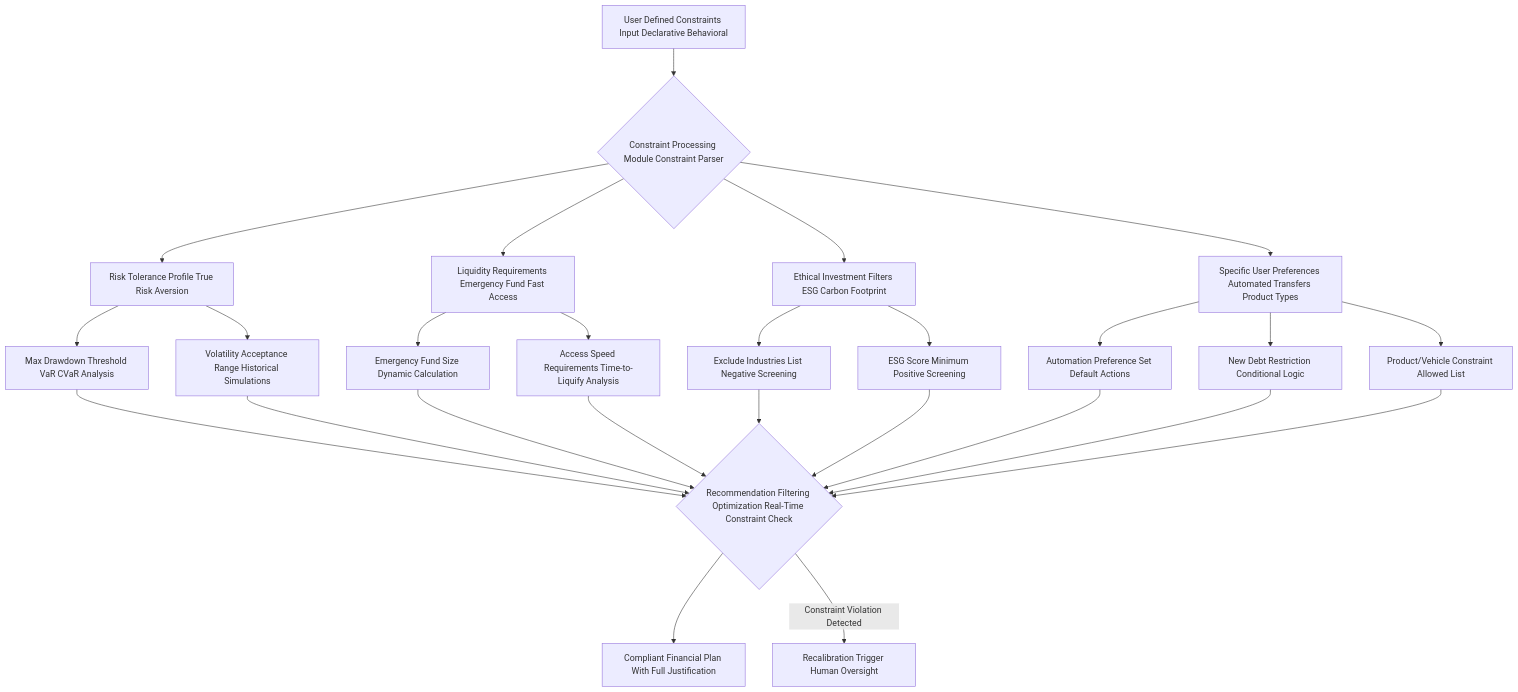
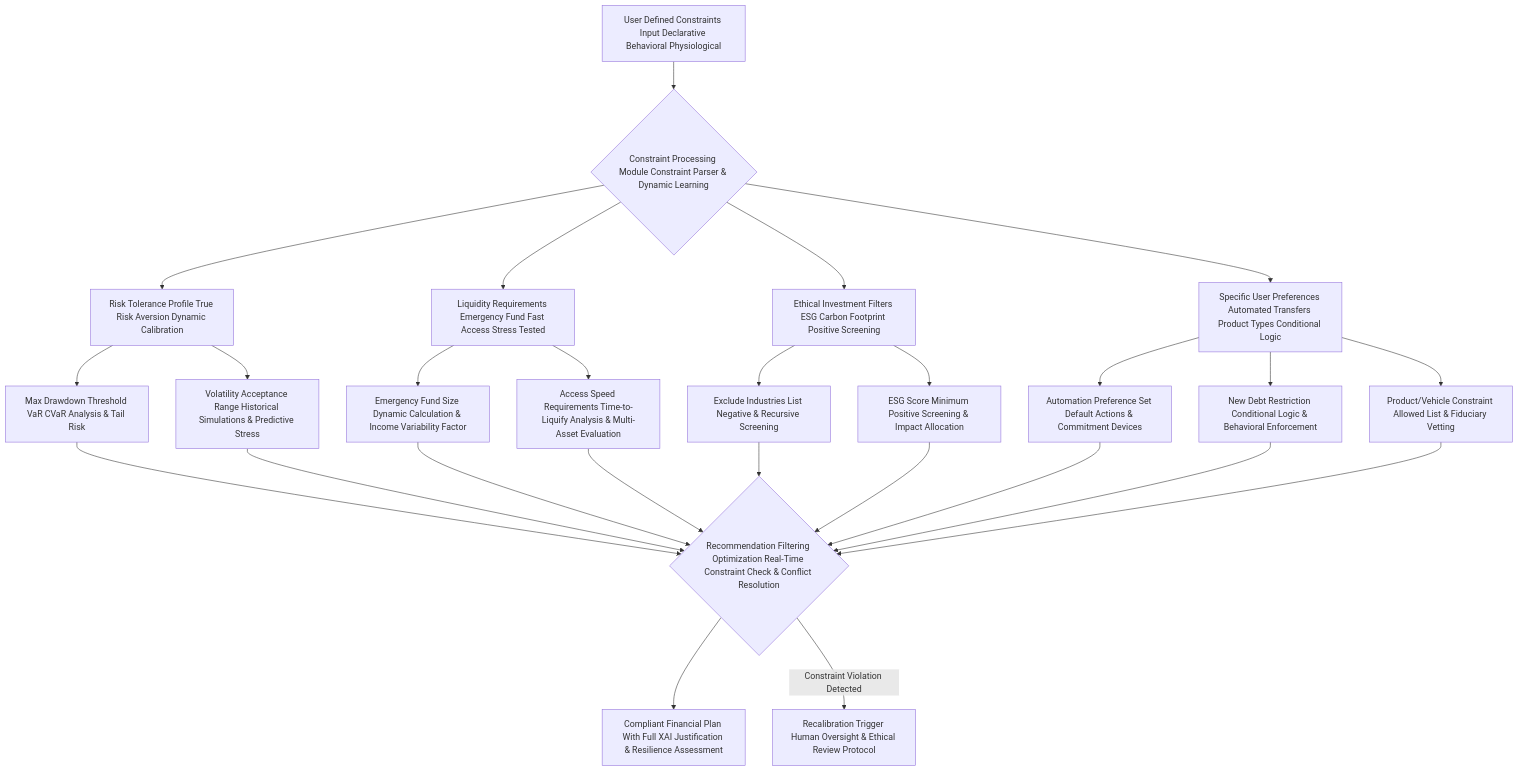
The fourth of 12 diagrams in inventions/004_ai_financial_plan_for_goals/generative_ai_prompt_template.md (diplomat-bit/Citibank_Demo_Business_Inc_Demonstration-), drawn with Mermaid before and after one commit. The commit also changed other lines of this file, not shown here.

Commit message:
[AI] Edit: inventions/004_ai_financial_plan_for_goals/generative_ai_prompt_template.md

````diff
--- a/inventions/004_ai_financial_plan_for_goals/generative_ai_prompt_template.md
+++ b/inventions/004_ai_financial_plan_for_goals/generative_ai_prompt_template.md
@@ -356,20 +367,20 @@
 ```mermaid
 graph TD
-    A[User Defined Constraints Input Declarative Behavioral] --> B{Constraint Processing Module Constraint Parser}
-    B --> C1[Risk Tolerance Profile True Risk Aversion]
-    B --> C2[Liquidity Requirements Emergency Fund Fast Access]
-    B --> C3[Ethical Investment Filters ESG Carbon Footprint]
-    B --> C4[Specific User Preferences Automated Transfers Product Types]
-    C1 --> D1[Max Drawdown Threshold VaR CVaR Analysis]
-    C1 --> D2[Volatility Acceptance Range Historical Simulations]
-    C2 --> D3[Emergency Fund Size Dynamic Calculation]
-    C2 --> D4[Access Speed Requirements Time-to-Liquify Analysis]
-    C3 --> D5[Exclude Industries List Negative Screening]
-    C3 --> D6[ESG Score Minimum Positive Screening]
-    C4 --> D7[Automation Preference Set Default Actions]
-    C4 --> D8[New Debt Restriction Conditional Logic]
-    C4 --> D9[Product/Vehicle Constraint Allowed List]
-    D1 & D2 & D3 & D4 & D5 & D6 & D7 & D8 & D9 --> E{Recommendation Filtering Optimization Real-Time Constraint Check}
-    E --> F[Compliant Financial Plan With Full Justification]
-    E -- Constraint Violation Detected --> Z[Recalibration Trigger Human Oversight]
+    A[User Defined Constraints Input Declarative Behavioral Physiological] --> B{Constraint Processing Module Constraint Parser & Dynamic Learning}
+    B --> C1[Risk Tolerance Profile True Risk Aversion Dynamic Calibration]
+    B --> C2[Liquidity Requirements Emergency Fund Fast Access Stress Tested]
+    B --> C3[Ethical Investment Filters ESG Carbon Footprint Positive Screening]
+    B --> C4[Specific User Preferences Automated Transfers Product Types Conditional Logic]
+    C1 --> D1[Max Drawdown Threshold VaR CVaR Analysis & Tail Risk]
+    C1 --> D2[Volatility Acceptance Range Historical Simulations & Predictive Stress]
+    C2 --> D3[Emergency Fund Size Dynamic Calculation & Income Variability Factor]
+    C2 --> D4[Access Speed Requirements Time-to-Liquify Analysis & Multi-Asset Evaluation]
+    C3 --> D5[Exclude Industries List Negative & Recursive Screening]
+    C3 --> D6[ESG Score Minimum Positive Screening & Impact Allocation]
+    C4 --> D7[Automation Preference Set Default Actions & Commitment Devices]
+    C4 --> D8[New Debt Restriction Conditional Logic & Behavioral Enforcement]
+    C4 --> D9[Product/Vehicle Constraint Allowed List & Fiduciary Vetting]
+    D1 & D2 & D3 & D4 & D5 & D6 & D7 & D8 & D9 --> E{Recommendation Filtering Optimization Real-Time Constraint Check & Conflict Resolution}
+    E --> F[Compliant Financial Plan With Full XAI Justification & Resilience Assessment]
+    E -- Constraint Violation Detected --> Z[Recalibration Trigger Human Oversight & Ethical Review Protocol]
 ```
````
